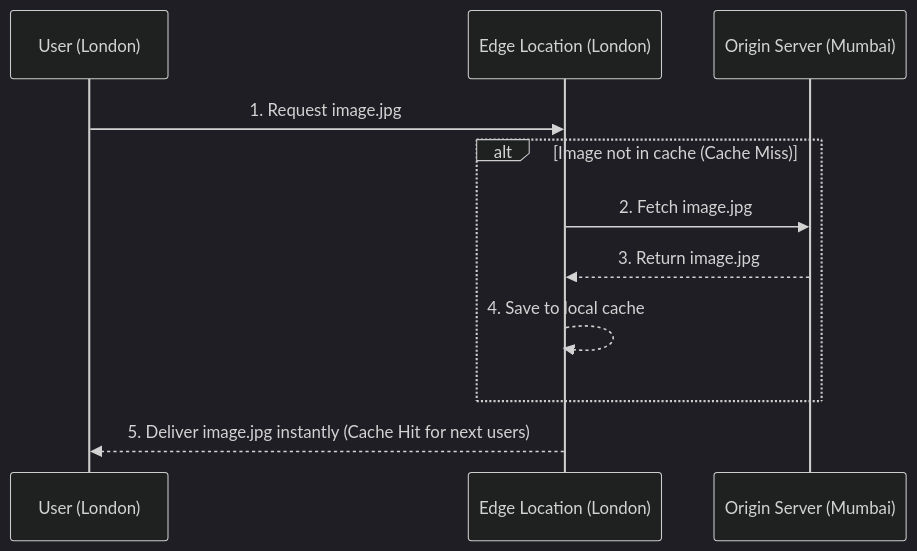
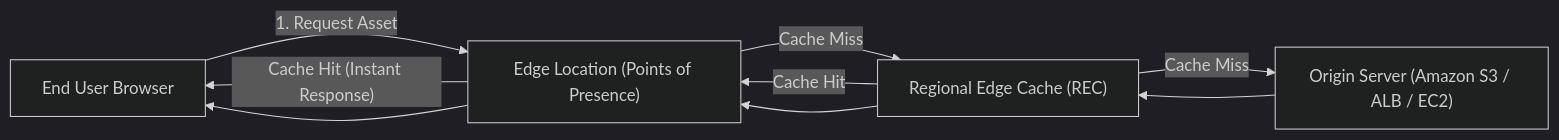
Before and after one commit to ankur3-101106/portfolio: diagram 13 of 14 in docs/Sem-5/Theory/Open Elective/AWS Fundamental/u2.mdx, drawn with Mermaid (dark theme). The commit also changed other lines of this file and 5 other files, not shown here.

````diff
--- a/docs/Sem-5/Theory/Open Elective/AWS Fundamental/u2.mdx
+++ b/docs/Sem-5/Theory/Open Elective/AWS Fundamental/u2.mdx
@@ -109,14 +524,14 @@
 ```mermaid
-sequenceDiagram
-    participant User as User (London)
-    participant Edge as Edge Location (London)
-    participant Origin as Origin Server (Mumbai)
-    
-    User->>Edge: 1. Request image.jpg
-    alt Image not in cache (Cache Miss)
-        Edge->>Origin: 2. Fetch image.jpg
-        Origin-->>Edge: 3. Return image.jpg
-        Edge-->>Edge: 4. Save to local cache
-    end
-    Edge-->>User: 5. Deliver image.jpg instantly (Cache Hit for next users)
+flowchart LR
+    User["End User Browser"]
+    Edge["Edge Location (Points of Presence)"]
+    REC["Regional Edge Cache (REC)"]
+    Origin["Origin Server (Amazon S3 / ALB / EC2)"]
+
+    User -->|"1. Request Asset"| Edge
+    Edge -- Cache Hit (Instant Response) --> User
+    Edge -- Cache Miss --> REC
+    REC -- Cache Hit --> Edge
+    REC -- Cache Miss --> Origin
+    Origin --> REC --> Edge --> User
 ```
````
